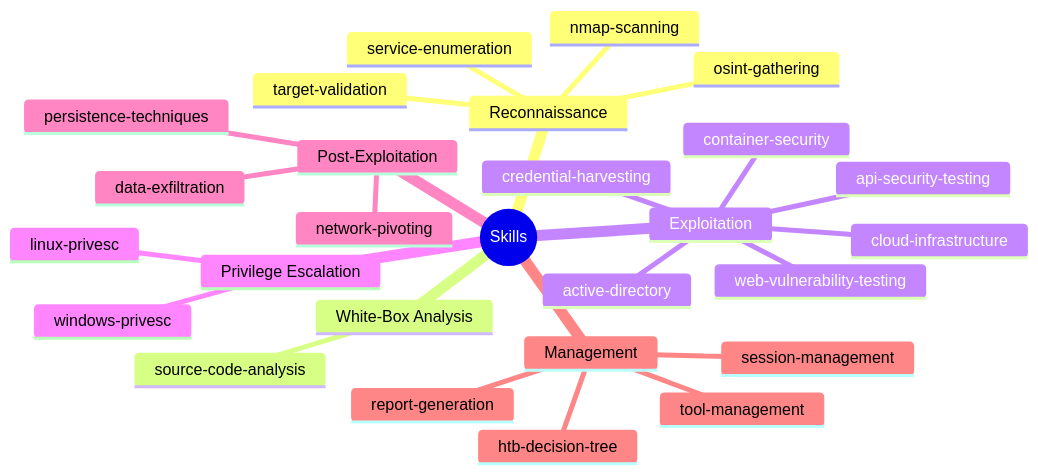
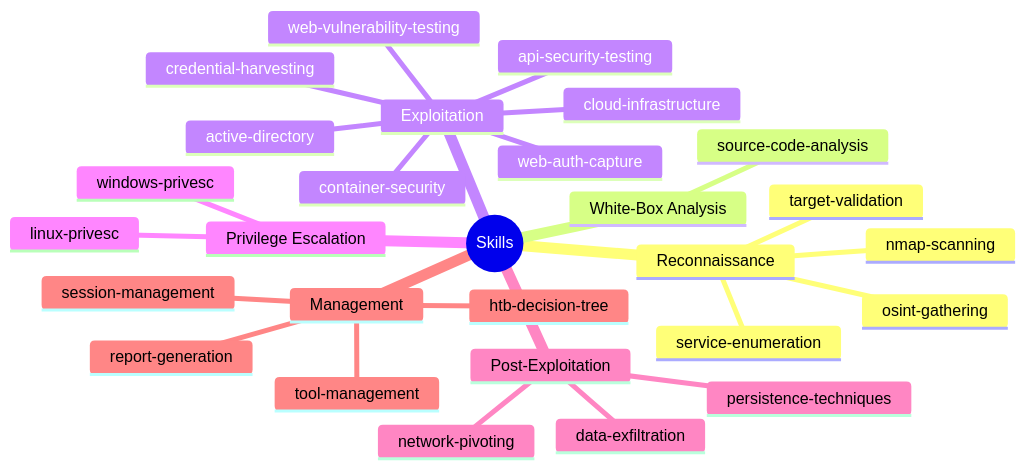
The first of 7 diagrams in docs/skills.md (goldenapplestudios/Clicky), drawn with Mermaid before and after one commit. The commit also changed other lines of this file and 4 other files, not shown here.

````diff
--- a/docs/skills.md
+++ b/docs/skills.md
@@ -11,30 +11,31 @@
 ```mermaid
 mindmap
   root((Skills))
     Reconnaissance
       nmap-scanning
       service-enumeration
       osint-gathering
       target-validation
     White-Box Analysis
       source-code-analysis
     Exploitation
       web-vulnerability-testing
       api-security-testing
       credential-harvesting
+      web-auth-capture
       active-directory
       container-security
       cloud-infrastructure
     Privilege Escalation
       linux-privesc
       windows-privesc
     Post-Exploitation
       persistence-techniques
       data-exfiltration
       network-pivoting
     Management
       session-management
       htb-decision-tree
       tool-management
       report-generation
 ```
````
